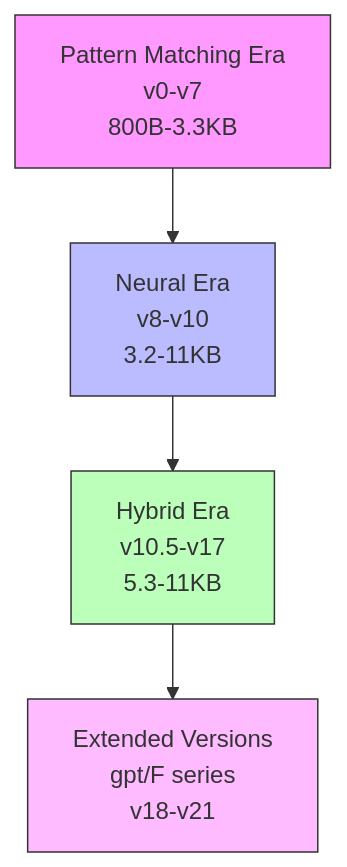
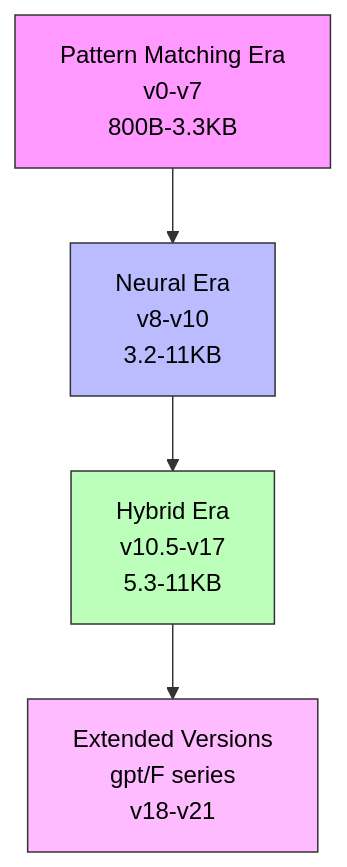
One commit to Kuberwastaken/MiniLMs changed the first of 2 diagrams in SYNEVA/README.md. Above: the diagram before and after it, drawn with Mermaid. The commit also changed other lines of this file, not shown here.

````diff
--- a/SYNEVA/README.md
+++ b/SYNEVA/README.md
@@ -24,10 +24,10 @@
 ```mermaid
 graph TD
     A[Pattern Matching Era<br>v0-v7<br>800B-3.3KB] --> B[Neural Era<br>v8-v10<br>3.2-11KB]
     B --> C[Hybrid Era<br>v10.5-v17<br>5.3-11KB]
     C --> D[Extended Versions<br>gpt/F series<br>v18-v21]
-    style A fill:#f9f,stroke:#333
-    style B fill:#bbf,stroke:#333
-    style C fill:#bfb,stroke:#333
-    style D fill:#fbf,stroke:#333
+    style A fill:#f9f,stroke:#333,color:#000
+    style B fill:#bbf,stroke:#333,color:#000
+    style C fill:#bfb,stroke:#333,color:#000
+    style D fill:#fbf,stroke:#333,color:#000
 ```
````
